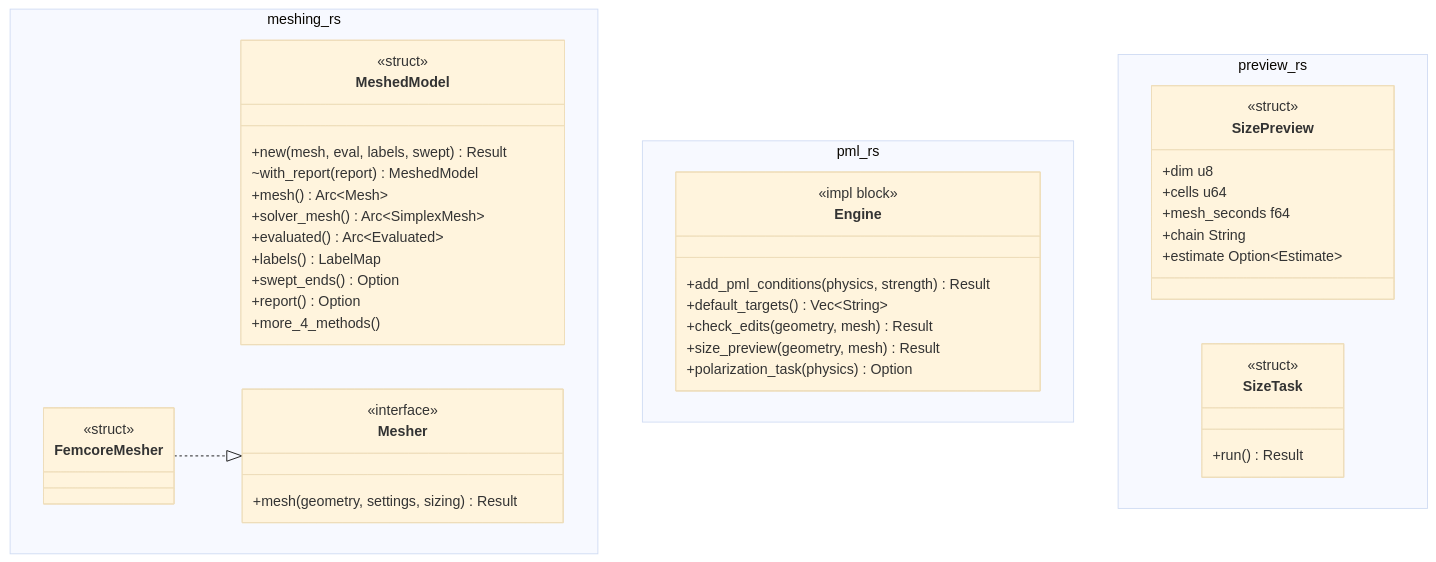
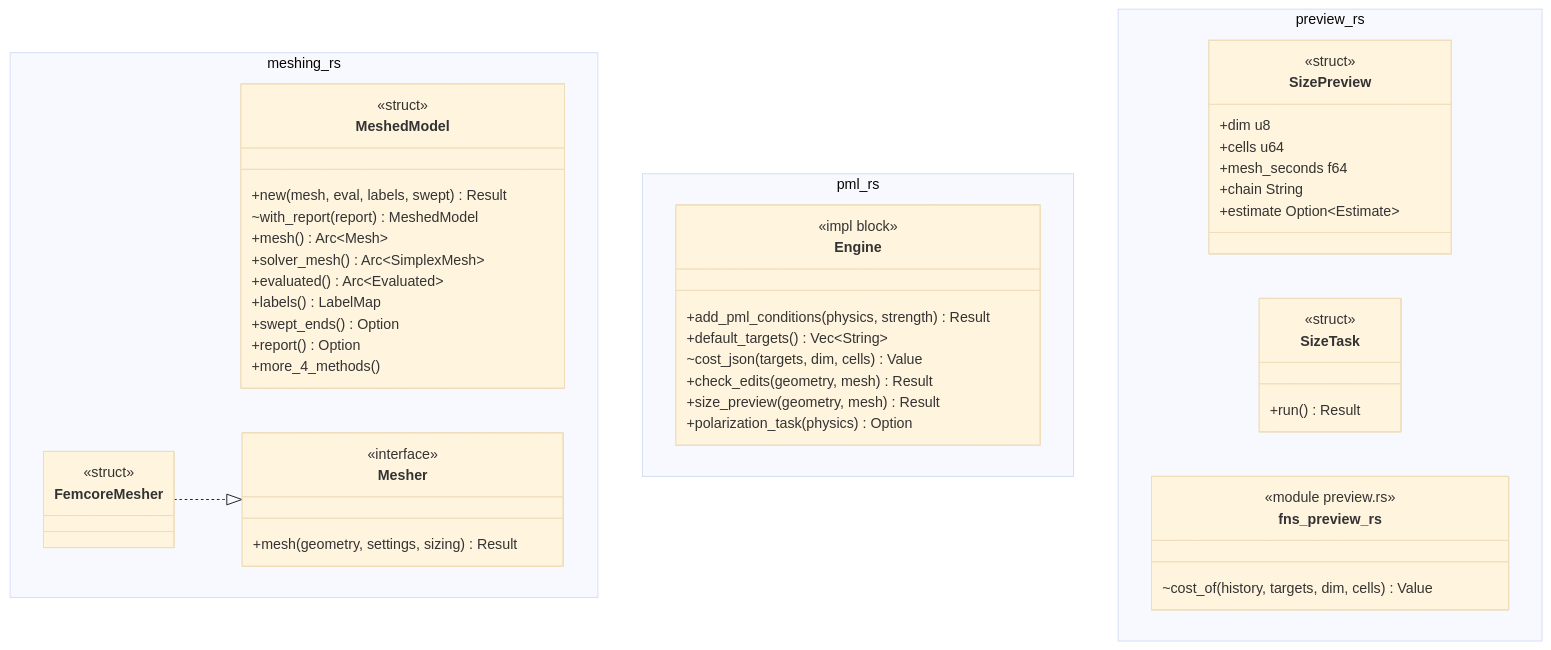
The diagram in docs/architecture/c4/4-code/engine/meshing.md (p-j-r/nyx), drawn with Mermaid (base theme) before and after one commit. The commit also changed other lines of this file and 48 other files, not shown here.

````diff
--- a/docs/architecture/c4/4-code/engine/meshing.md
+++ b/docs/architecture/c4/4-code/engine/meshing.md
@@ -46,49 +46,54 @@
 ```mermaid
 classDiagram
   namespace meshing_rs {
     class MeshedModel {
         <<struct>>
         +new(mesh, eval, labels, swept) Result
         ~with_report(report) MeshedModel
         +mesh() Arc~Mesh~
         +solver_mesh() Arc~SimplexMesh~
         +evaluated() Arc~Evaluated~
         +labels() LabelMap
         +swept_ends() Option
         +report() Option
         +more_4_methods()
     }
     class Mesher {
         <<interface>>
         +mesh(geometry, settings, sizing) Result
     }
     class FemcoreMesher {
         <<struct>>
     }
   }
   namespace pml_rs {
     class Engine {
         <<impl block>>
         +add_pml_conditions(physics, strength) Result
         +default_targets() Vec~String~
+        ~cost_json(targets, dim, cells) Value
         +check_edits(geometry, mesh) Result
         +size_preview(geometry, mesh) Result
         +polarization_task(physics) Option
     }
   }
   namespace preview_rs {
     class SizePreview {
         <<struct>>
         +dim u8
         +cells u64
         +mesh_seconds f64
         +chain String
         +estimate Option~Estimate~
     }
     class SizeTask {
         <<struct>>
         +run() Result
     }
+    class fns_preview_rs {
+        <<module preview.rs>>
+        ~cost_of(history, targets, dim, cells) Value
+    }
   }
   FemcoreMesher ..|> Mesher
 ```
````
